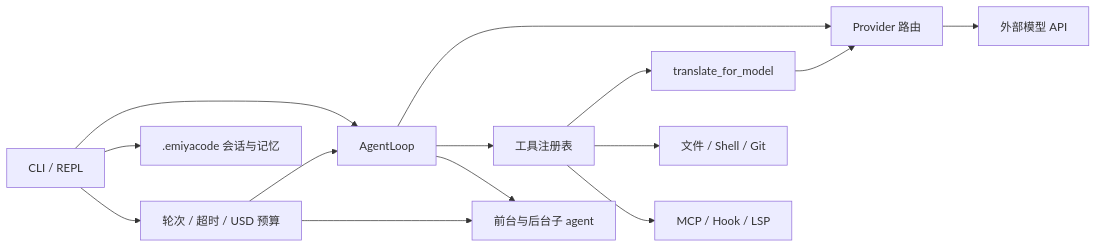
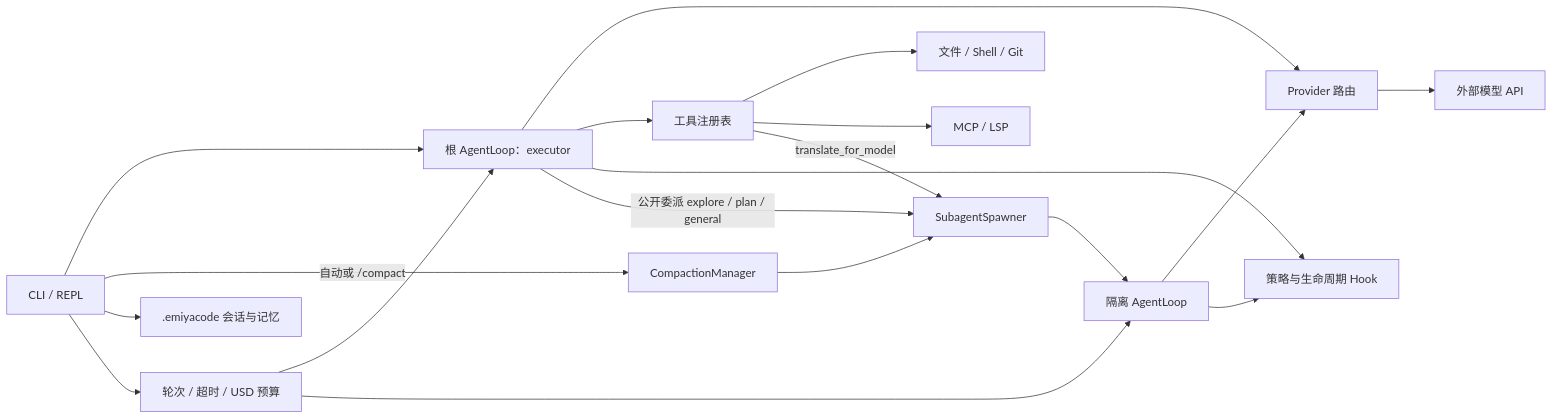
The diagram in docs/ARCHITECTURE.md (xiaohuanemiya/EmiyaAgent), drawn with Mermaid before and after one commit. The commit also changed other lines of this file and 39 other files, not shown here.

````diff
--- a/docs/ARCHITECTURE.md
+++ b/docs/ARCHITECTURE.md
@@ -9,16 +9,21 @@
 ```mermaid
 flowchart LR
-    UI["CLI / REPL"] --> LOOP["AgentLoop"]
-    LOOP --> ROUTE["Provider 路由"]
+    UI["CLI / REPL"] --> ROOT["根 AgentLoop：executor"]
+    ROOT --> ROUTE["Provider 路由"]
     ROUTE --> API["外部模型 API"]
-    LOOP --> TOOLS["工具注册表"]
-    TOOLS --> TRANS["translate_for_model"]
-    TRANS --> ROUTE
+    ROOT --> TOOLS["工具注册表"]
     TOOLS --> LOCAL["文件 / Shell / Git"]
-    TOOLS --> EXT["MCP / Hook / LSP"]
-    LOOP --> SUB["前台与后台子 agent"]
+    TOOLS --> EXT["MCP / LSP"]
+    ROOT --> HOOK["策略与生命周期 Hook"]
+    ROOT -->|"公开委派 explore / plan / general"| SPAWN["SubagentSpawner"]
+    TOOLS -->|"translate_for_model"| SPAWN
+    UI -->|"自动或 /compact"| COMPACT["CompactionManager"]
+    COMPACT --> SPAWN
+    SPAWN --> SUB["隔离 AgentLoop"]
+    SUB --> ROUTE
+    SUB --> HOOK
     UI --> STORE[".emiyacode 会话与记忆"]
     UI --> CTRL["轮次 / 超时 / USD 预算"]
-    CTRL --> LOOP
+    CTRL --> ROOT
     CTRL --> SUB
 ```
````
